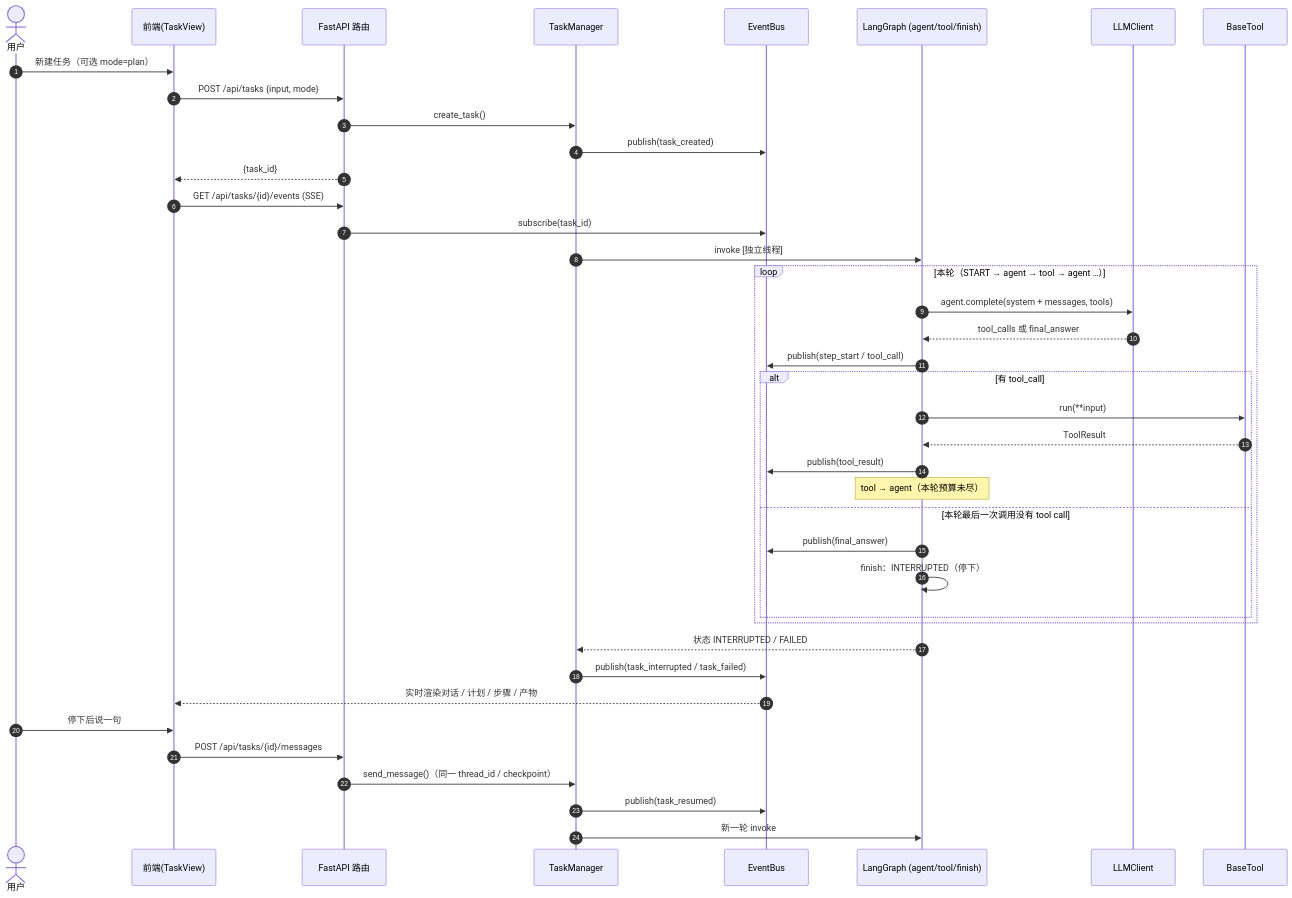
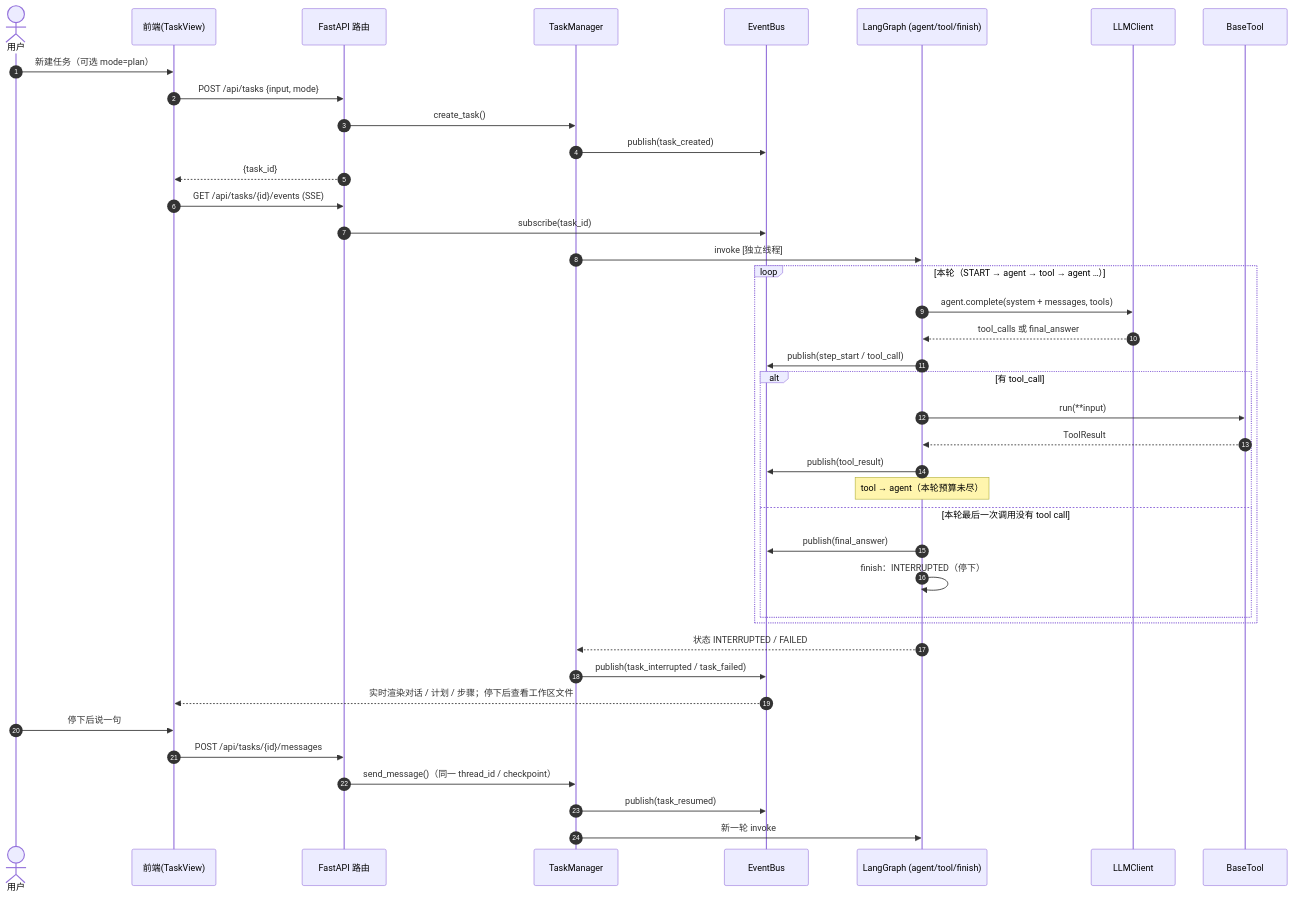
The second of 3 diagrams in docs/architecture.md (renjianguojinqianfan/langgraph-agent), drawn with Mermaid before and after one commit. The commit also changed other lines of this file and 10 other files, not shown here.

````diff
--- a/docs/architecture.md
+++ b/docs/architecture.md
@@ -401,45 +403,45 @@
 ```mermaid
 sequenceDiagram
     autonumber
     actor U as 用户
     participant FE as 前端(TaskView)
     participant API as FastAPI 路由
     participant TM as TaskManager
     participant EB as EventBus
     participant G as LangGraph (agent/tool/finish)
     participant L as LLMClient
     participant T as BaseTool
 
     U->>FE: 新建任务（可选 mode=plan）
     FE->>API: POST /api/tasks {input, mode}
     API->>TM: create_task()
     TM->>EB: publish(task_created)
     API-->>FE: {task_id}
     FE->>API: GET /api/tasks/{id}/events (SSE)
     API->>EB: subscribe(task_id)
 
     TM->>G: invoke [独立线程]
     loop 本轮（START → agent → tool → agent …）
         G->>L: agent.complete(system + messages, tools)
         L-->>G: tool_calls 或 final_answer
         G->>EB: publish(step_start / tool_call)
         alt 有 tool_call
             G->>T: run(**input)
             T-->>G: ToolResult
             G->>EB: publish(tool_result)
             Note over G: tool → agent（本轮预算未尽）
         else 本轮最后一次调用没有 tool call
             G->>EB: publish(final_answer)
             G->>G: finish：INTERRUPTED（停下）
         end
     end
     G-->>TM: 状态 INTERRUPTED / FAILED
     TM->>EB: publish(task_interrupted / task_failed)
-    EB-->>FE: 实时渲染对话 / 计划 / 步骤 / 产物
+    EB-->>FE: 实时渲染对话 / 计划 / 步骤；停下后查看工作区文件
 
     U->>FE: 停下后说一句
     FE->>API: POST /api/tasks/{id}/messages
     API->>TM: send_message()（同一 thread_id / checkpoint）
     TM->>EB: publish(task_resumed)
     TM->>G: 新一轮 invoke
 ```
````
